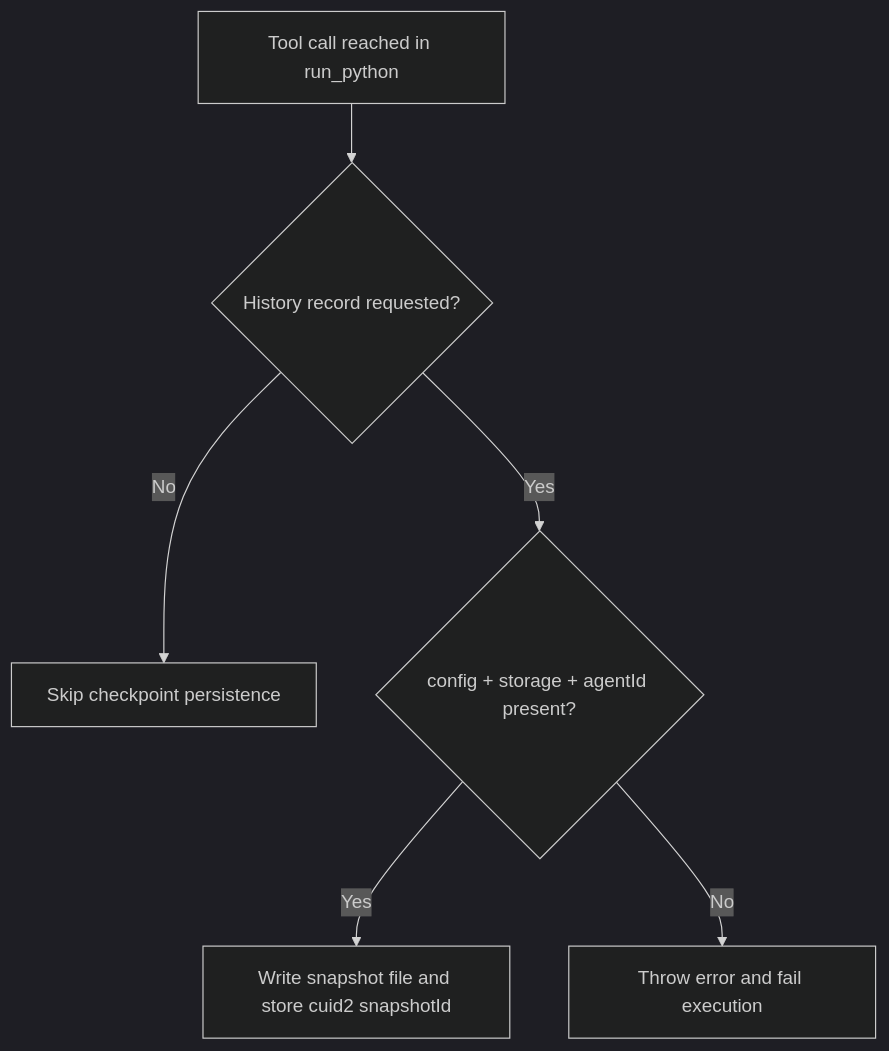
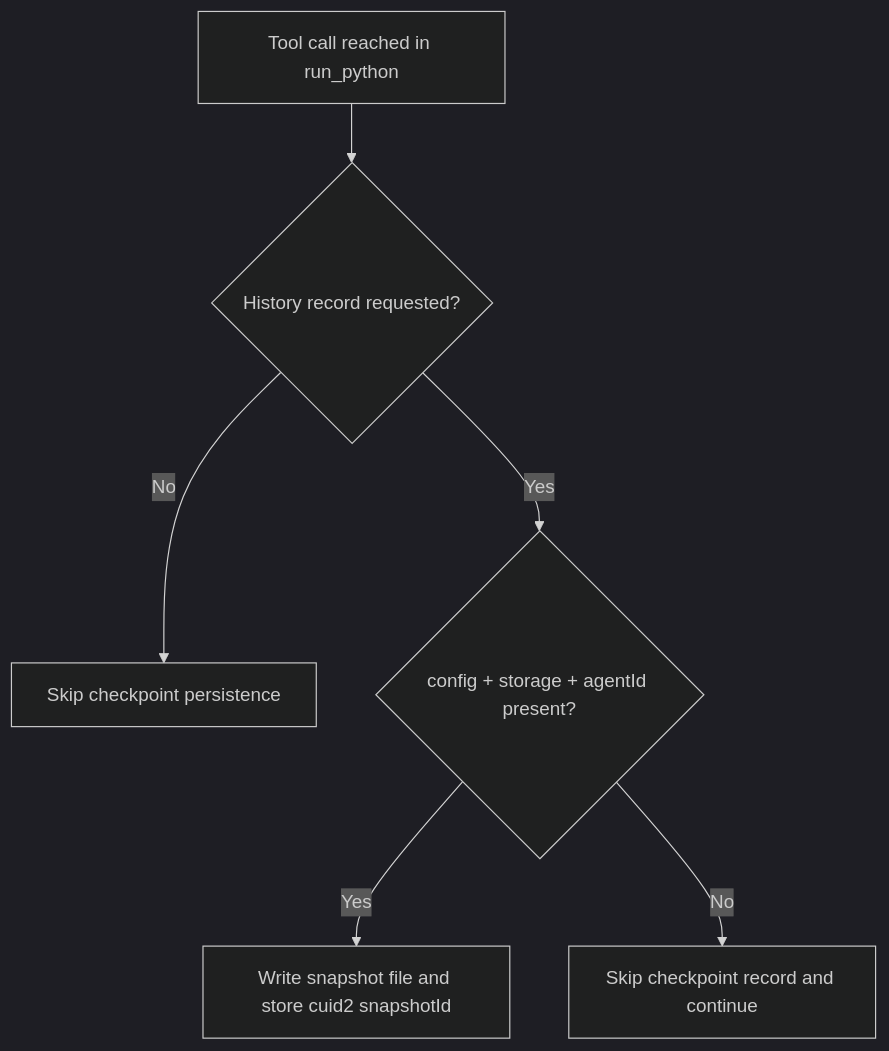
One commit to ex3ndr/daycare changed the third of 3 diagrams in doc/internals/rlm-checkpointing.md. Above: the diagram before and after it, drawn with Mermaid (dark theme). The commit also changed other lines of this file and 3 other files, not shown here.

````diff
--- a/doc/internals/rlm-checkpointing.md
+++ b/doc/internals/rlm-checkpointing.md
@@ -112,8 +114,8 @@
 ```mermaid
 flowchart TD
     A[Tool call reached in run_python] --> B{History record requested?}
     B -->|No| C[Skip checkpoint persistence]
     B -->|Yes| D{config + storage + agentId present?}
     D -->|Yes| E[Write snapshot file and store cuid2 snapshotId]
-    D -->|No| F[Throw error and fail execution]
+    D -->|No| F[Skip checkpoint record and continue]
 ```
````
